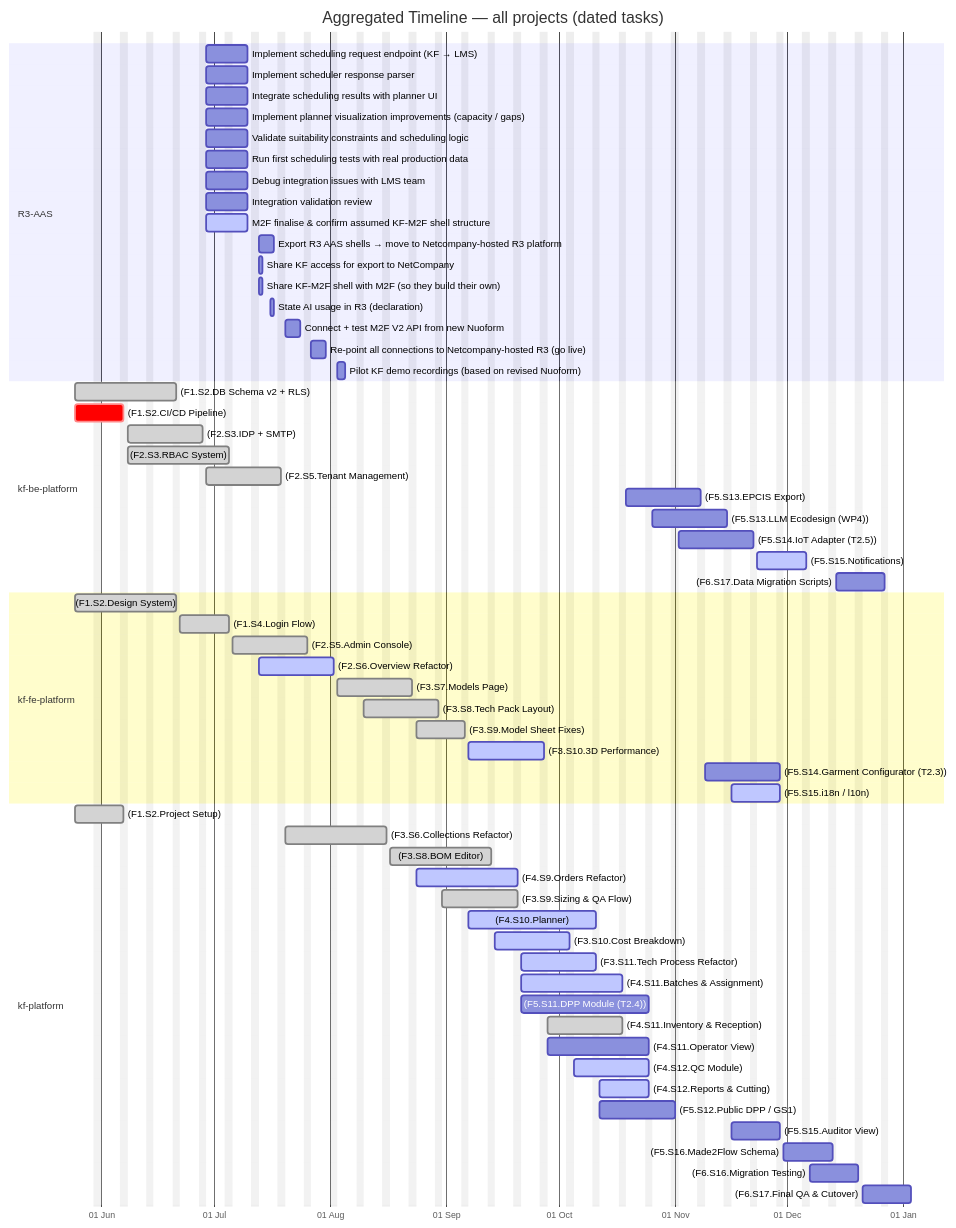
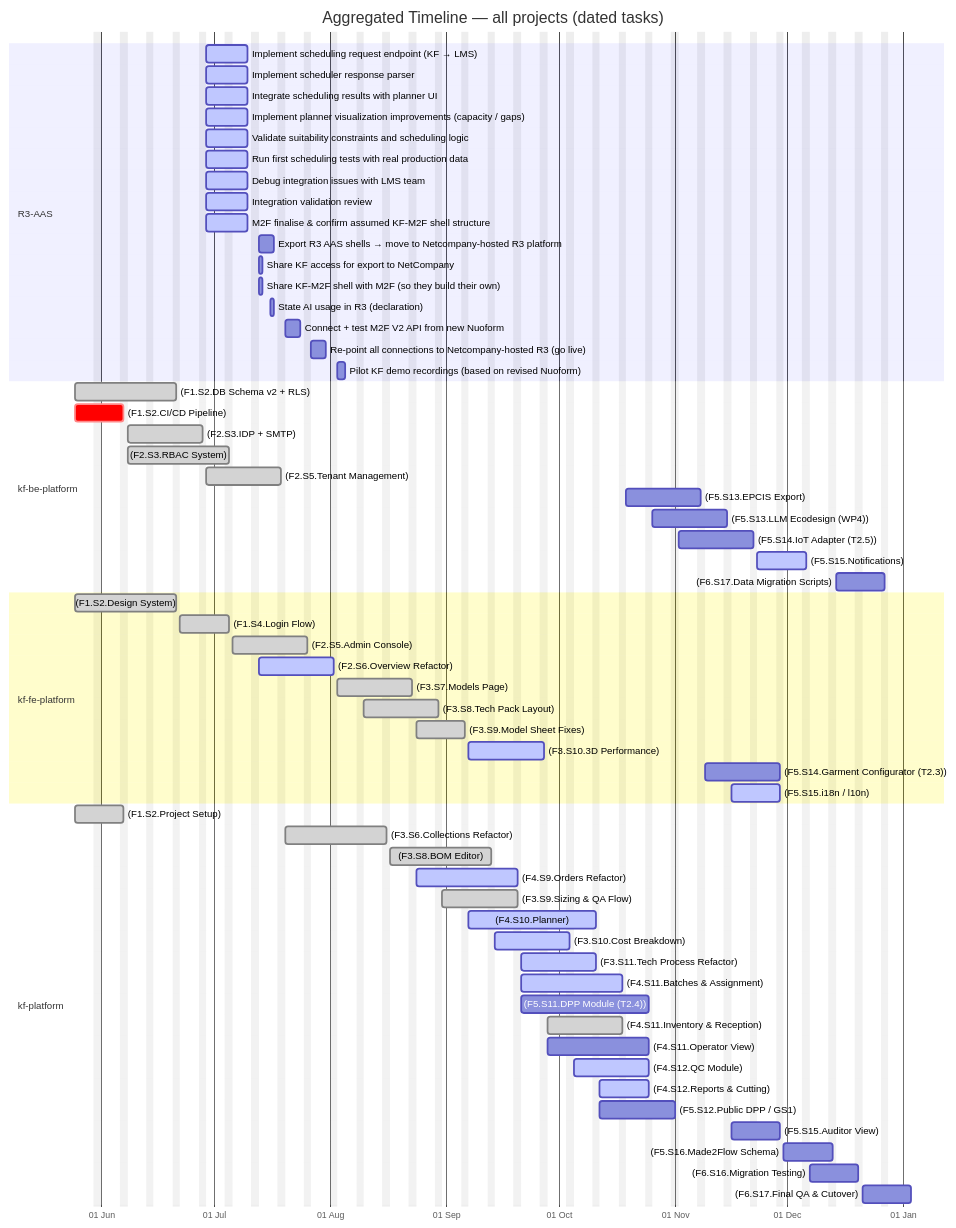
Before and after one commit to Katty-Fashion/kf-cpto: the third of 6 diagrams in docs/unified-calendar.md, drawn with Mermaid. The commit also changed other lines of this file and 12 other files, not shown here.

````diff
--- a/docs/unified-calendar.md
+++ b/docs/unified-calendar.md
@@ -53,67 +53,67 @@
 ```mermaid
 gantt
     title Aggregated Timeline — all projects (dated tasks)
     dateFormat YYYY-MM-DD
     axisFormat %d %b
     excludes weekends
 
     section R3-AAS
-    Implement scheduling request endpoint (KF → LMS) :2026-06-29, 2026-07-10
-    Implement scheduler response parser :2026-06-29, 2026-07-10
-    Integrate scheduling results with planner UI :2026-06-29, 2026-07-10
-    Implement planner visualization improvements (capacity / gaps) :2026-06-29, 2026-07-10
-    Validate suitability constraints and scheduling logic :2026-06-29, 2026-07-10
-    Run first scheduling tests with real production data :2026-06-29, 2026-07-10
-    Debug integration issues with LMS team :2026-06-29, 2026-07-10
-    Integration validation review :2026-06-29, 2026-07-10
+    Implement scheduling request endpoint (KF → LMS) :active, 2026-06-29, 2026-07-10
+    Implement scheduler response parser :active, 2026-06-29, 2026-07-10
+    Integrate scheduling results with planner UI :active, 2026-06-29, 2026-07-10
+    Implement planner visualization improvements (capacity / gaps) :active, 2026-06-29, 2026-07-10
+    Validate suitability constraints and scheduling logic :active, 2026-06-29, 2026-07-10
+    Run first scheduling tests with real production data :active, 2026-06-29, 2026-07-10
+    Debug integration issues with LMS team :active, 2026-06-29, 2026-07-10
+    Integration validation review :active, 2026-06-29, 2026-07-10
     M2F finalise & confirm assumed KF-M2F shell structure :active, 2026-06-29, 2026-07-10
     Export R3 AAS shells → move to Netcompany-hosted R3 platform :2026-07-13, 2026-07-17
     Share KF access for export to NetCompany :2026-07-13, 2026-07-14
     Share KF-M2F shell with M2F (so they build their own) :2026-07-13, 2026-07-14
     State AI usage in R3 (declaration) :2026-07-16, 2026-07-17
     Connect + test M2F V2 API from new Nuoform :2026-07-20, 2026-07-24
     Re-point all connections to Netcompany-hosted R3 (go live) :2026-07-27, 2026-07-31
     Pilot KF demo recordings (based on revised Nuoform) :2026-08-03, 2026-08-05
     section kf-be-platform
     (F1.S2.DB Schema v2 + RLS) :done, 2026-05-25, 2026-06-21
     (F1.S2.CI/CD Pipeline) :crit, 2026-05-25, 2026-06-07
     (F2.S3.IDP + SMTP) :done, 2026-06-08, 2026-06-28
     (F2.S3.RBAC System) :done, 2026-06-08, 2026-07-05
     (F2.S5.Tenant Management) :done, 2026-06-29, 2026-07-19
     (F5.S13.EPCIS Export) :2026-10-19, 2026-11-08
     (F5.S13.LLM Ecodesign (WP4)) :2026-10-26, 2026-11-15
     (F5.S14.IoT Adapter (T2.5)) :2026-11-02, 2026-11-22
     (F5.S15.Notifications) :active, 2026-11-23, 2026-12-06
     (F6.S17.Data Migration Scripts) :2026-12-14, 2026-12-27
     section kf-fe-platform
     (F1.S2.Design System) :done, 2026-05-25, 2026-06-21
     (F1.S4.Login Flow) :done, 2026-06-22, 2026-07-05
     (F2.S5.Admin Console) :done, 2026-07-06, 2026-07-26
     (F2.S6.Overview Refactor) :active, 2026-07-13, 2026-08-02
     (F3.S7.Models Page) :done, 2026-08-03, 2026-08-23
     (F3.S8.Tech Pack Layout) :done, 2026-08-10, 2026-08-30
     (F3.S9.Model Sheet Fixes) :done, 2026-08-24, 2026-09-06
     (F3.S10.3D Performance) :active, 2026-09-07, 2026-09-27
     (F5.S14.Garment Configurator (T2.3)) :2026-11-09, 2026-11-29
     (F5.S15.i18n / l10n) :active, 2026-11-16, 2026-11-29
     section kf-platform
     (F1.S2.Project Setup) :done, 2026-05-25, 2026-06-07
     (F3.S6.Collections Refactor) :done, 2026-07-20, 2026-08-16
     (F3.S8.BOM Editor) :done, 2026-08-17, 2026-09-13
     (F4.S9.Orders Refactor) :active, 2026-08-24, 2026-09-20
     (F3.S9.Sizing & QA Flow) :done, 2026-08-31, 2026-09-20
     (F4.S10.Planner) :active, 2026-09-07, 2026-10-11
     (F3.S10.Cost Breakdown) :active, 2026-09-14, 2026-10-04
     (F3.S11.Tech Process Refactor) :active, 2026-09-21, 2026-10-11
     (F4.S11.Batches & Assignment) :active, 2026-09-21, 2026-10-18
     (F5.S11.DPP Module (T2.4)) :2026-09-21, 2026-10-25
     (F4.S11.Inventory & Reception) :done, 2026-09-28, 2026-10-18
     (F4.S11.Operator View) :2026-09-28, 2026-10-25
     (F4.S12.QC Module) :active, 2026-10-05, 2026-10-25
     (F4.S12.Reports & Cutting) :active, 2026-10-12, 2026-10-25
     (F5.S12.Public DPP / GS1) :2026-10-12, 2026-11-01
     (F5.S15.Auditor View) :2026-11-16, 2026-11-29
     (F5.S16.Made2Flow Schema) :2026-11-30, 2026-12-13
     (F6.S16.Migration Testing) :2026-12-07, 2026-12-20
     (F6.S17.Final QA & Cutover) :2026-12-21, 2027-01-03
 ```
````
